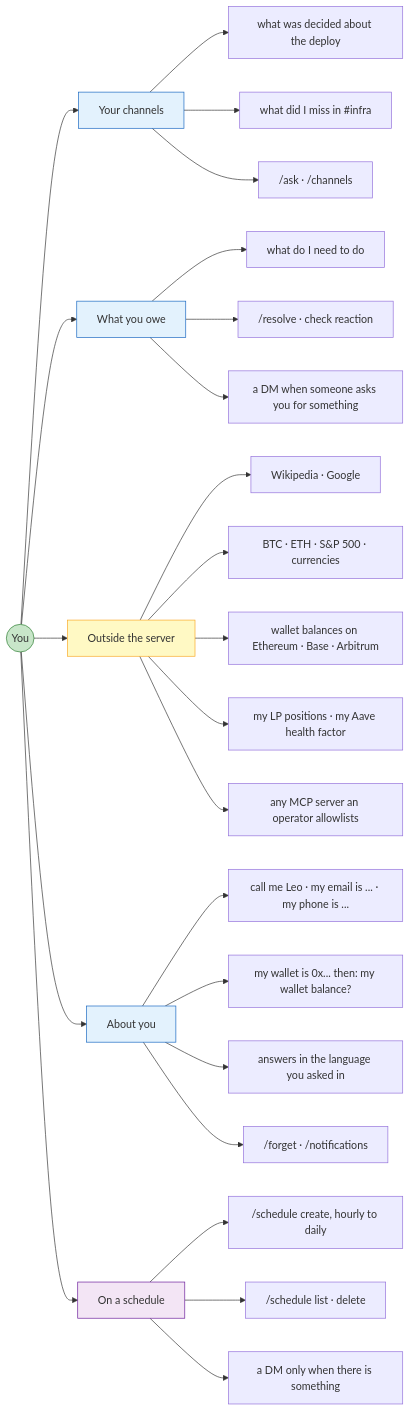
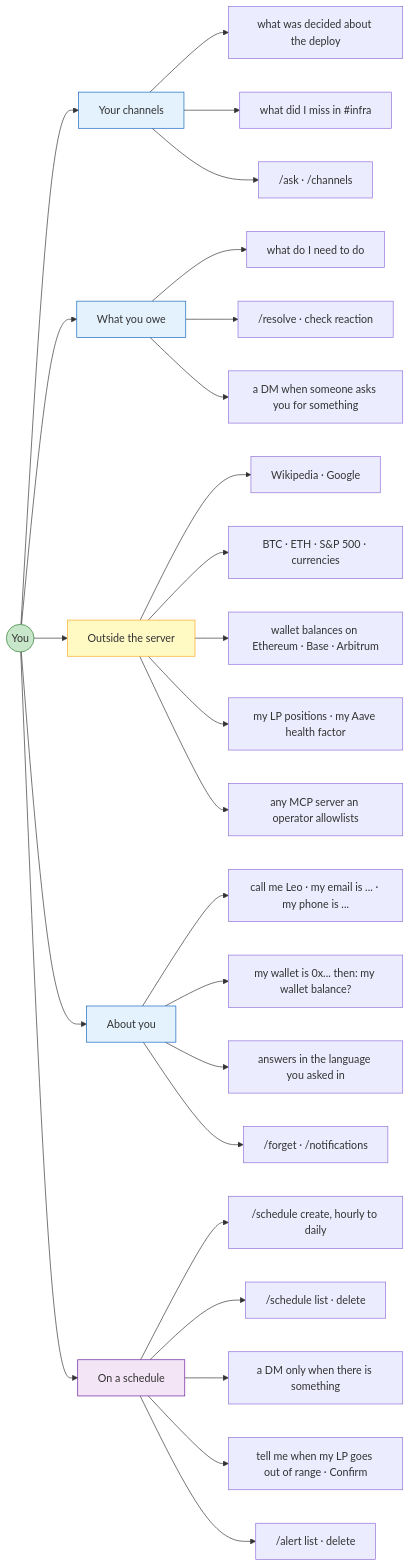
The second of 4 diagrams in README.md (CyberdyneCorp/CyberFriend), drawn with Mermaid before and after one commit. The commit also changed other lines of this file and 41 other files, not shown here.

````diff
--- a/README.md
+++ b/README.md
@@ -89,39 +93,41 @@
 ```mermaid
 graph LR
     P(("You"))
 
     P --> CORPUS["Your channels"]
     CORPUS --> C1["what was decided about the deploy"]
     CORPUS --> C2["what did I miss in #infra"]
     CORPUS --> C3["/ask &middot; /channels"]
 
     P --> OWED["What you owe"]
     OWED --> O1["what do I need to do"]
     OWED --> O2["/resolve &middot; check reaction"]
     OWED --> O3["a DM when someone asks you for something"]
 
     P --> OUT["Outside the server"]
     OUT --> X1["Wikipedia &middot; Google"]
     OUT --> X2["BTC &middot; ETH &middot; S&P 500 &middot; currencies"]
     OUT --> X3["wallet balances on Ethereum &middot; Base &middot; Arbitrum"]
     OUT --> X5["my LP positions &middot; my Aave health factor"]
     OUT --> X4["any MCP server an operator allowlists"]
 
     P --> YOU["About you"]
     YOU --> Y1["call me Leo &middot; my email is ... &middot; my phone is ..."]
     YOU --> Y2["my wallet is 0x... then: my wallet balance?"]
     YOU --> Y3["answers in the language you asked in"]
     YOU --> Y4["/forget &middot; /notifications"]
 
     P --> WHEN["On a schedule"]
     WHEN --> W1["/schedule create, hourly to daily"]
     WHEN --> W2["/schedule list &middot; delete"]
     WHEN --> W3["a DM only when there is something"]
+    WHEN --> W4["tell me when my LP goes out of range &middot; Confirm"]
+    WHEN --> W5["/alert list &middot; delete"]
 
     style P fill:#C8E6C9,stroke:#2E7D32
     style CORPUS fill:#E3F2FD,stroke:#1565C0
     style OWED fill:#E3F2FD,stroke:#1565C0
     style OUT fill:#FFF9C4,stroke:#F9A825
     style YOU fill:#E3F2FD,stroke:#1565C0
     style WHEN fill:#F3E5F5,stroke:#6A1B9A
 ```
````
